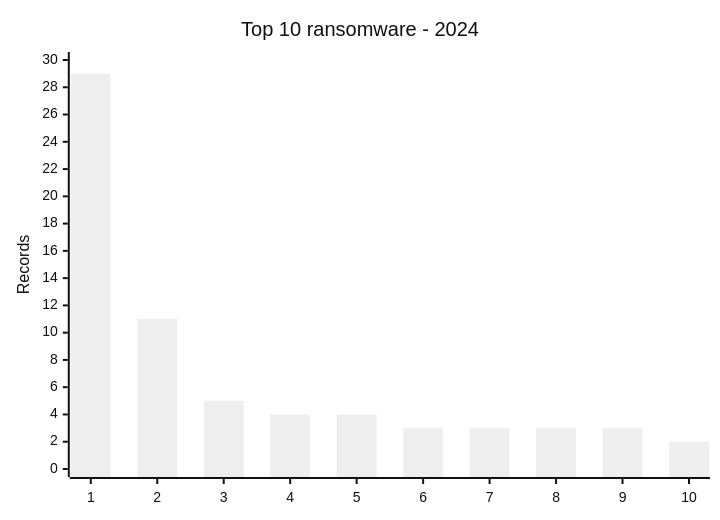
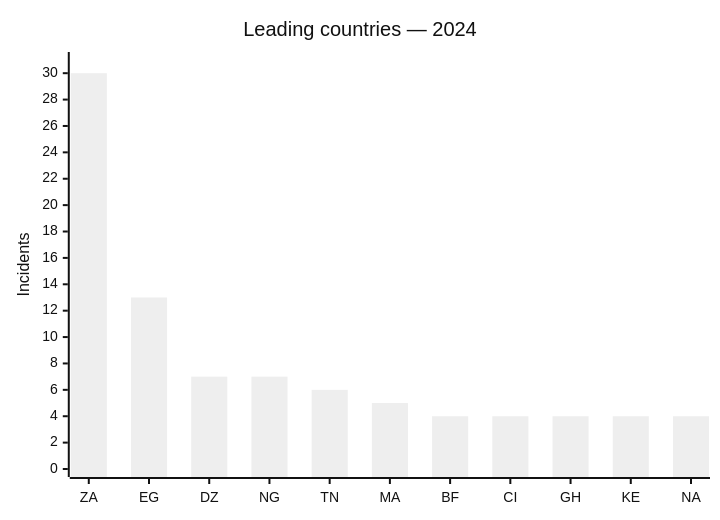
One commit to Hatchepsoute/AFRINTEL changed the third of 3 diagrams in CyberAttackAfrica/2024/README.md. Above: the diagram before and after it, drawn with Mermaid (neutral theme). The commit also changed other lines of this file and 109 other files, not shown here.

````diff
--- a/CyberAttackAfrica/2024/README.md
+++ b/CyberAttackAfrica/2024/README.md
@@ -175,7 +107,7 @@
 ```mermaid
-xychart-beta
-    title "Top 10 ransomware - 2024"
-    x-axis ["1","2","3","4","5","6","7","8","9","10"]
-    y-axis "Records" 0 --> 30
-    bar [29,11,5,4,4,3,3,3,3,2]
+xychart
+    title "Leading countries — 2024"
+    x-axis ["ZA","EG","DZ","NG","TN","MA","BF","CI","GH","KE","NA"]
+    y-axis "Incidents" 0 --> 31
+    bar [30,13,7,7,6,5,4,4,4,4,4]
 ```
````
